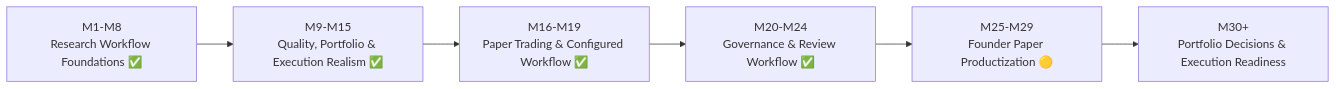
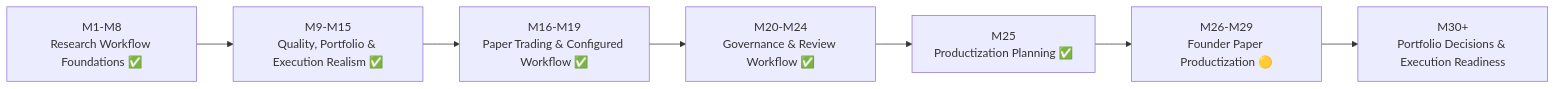
Before and after one commit to yanxinnnnnn/El-Psy-Quant: the diagram in docs/roadmap.md, drawn with Mermaid. The commit also changed other lines of this file, not shown here.

Commit message:
docs: finalize M25 roadmap and sprint ranges

````diff
--- a/docs/roadmap.md
+++ b/docs/roadmap.md
@@ -21,8 +21,9 @@
 ```mermaid
 flowchart LR
     M1["M1-M8<br/>Research Workflow Foundations ✅"] --> M9["M9-M15<br/>Quality, Portfolio & Execution Realism ✅"]
     M9 --> M16["M16-M19<br/>Paper Trading & Configured Workflow ✅"]
     M16 --> M20["M20-M24<br/>Governance & Review Workflow ✅"]
-    M20 --> M25["M25-M29<br/>Founder Paper Productization 🟡"]
-    M25 --> M30["M30+<br/>Portfolio Decisions & Execution Readiness"]
+    M20 --> M25["M25<br/>Productization Planning ✅"]
+    M25 --> M26["M26-M29<br/>Founder Paper Productization 🟡"]
+    M26 --> M30["M30+<br/>Portfolio Decisions & Execution Readiness"]
 ```
````
